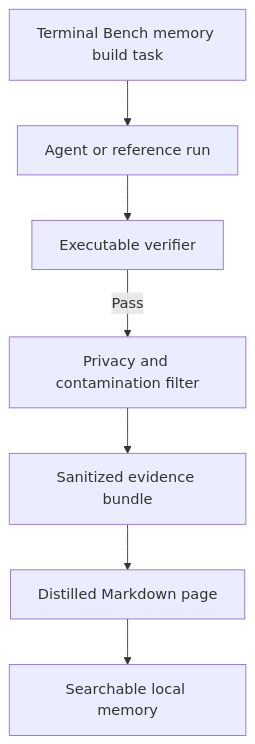
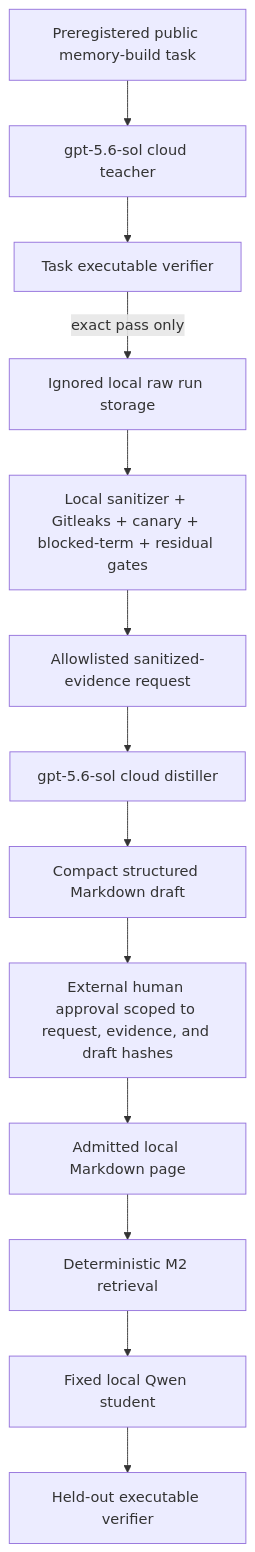
Before and after one commit to raghavan/longtail-inference-lab: the diagram in projects/01_terminal_artifact_memory/README.md, drawn with Mermaid. The commit also changed other lines of this file and 34 other files, not shown here.

First line of the commit message:
Add cloud-teacher/local-Qwen memory transfer workflow (#37)

````diff
--- a/projects/01_terminal_artifact_memory/README.md
+++ b/projects/01_terminal_artifact_memory/README.md
@@ -71,9 +28,15 @@
 ```mermaid
 flowchart TD
-    A[Terminal Bench memory build task] --> B[Agent or reference run]
-    B --> C[Executable verifier]
-    C -->|Pass| D[Privacy and contamination filter]
-    D --> E[Sanitized evidence bundle]
-    E --> F[Distilled Markdown page]
-    F --> G[Searchable local memory]
+    A[Preregistered public memory-build task] --> B[gpt-5.6-sol cloud teacher]
+    B --> C[Task executable verifier]
+    C -->|exact pass only| D[Ignored local raw run storage]
+    D --> E[Local sanitizer + Gitleaks + canary + blocked-term + residual gates]
+    E --> F[Allowlisted sanitized-evidence request]
+    F --> G[gpt-5.6-sol cloud distiller]
+    G --> H[Compact structured Markdown draft]
+    H --> I[External human approval scoped to request, evidence, and draft hashes]
+    I --> J[Admitted local Markdown page]
+    J --> K[Deterministic M2 retrieval]
+    K --> L[Fixed local Qwen student]
+    L --> M[Held-out executable verifier]
 ```
````
